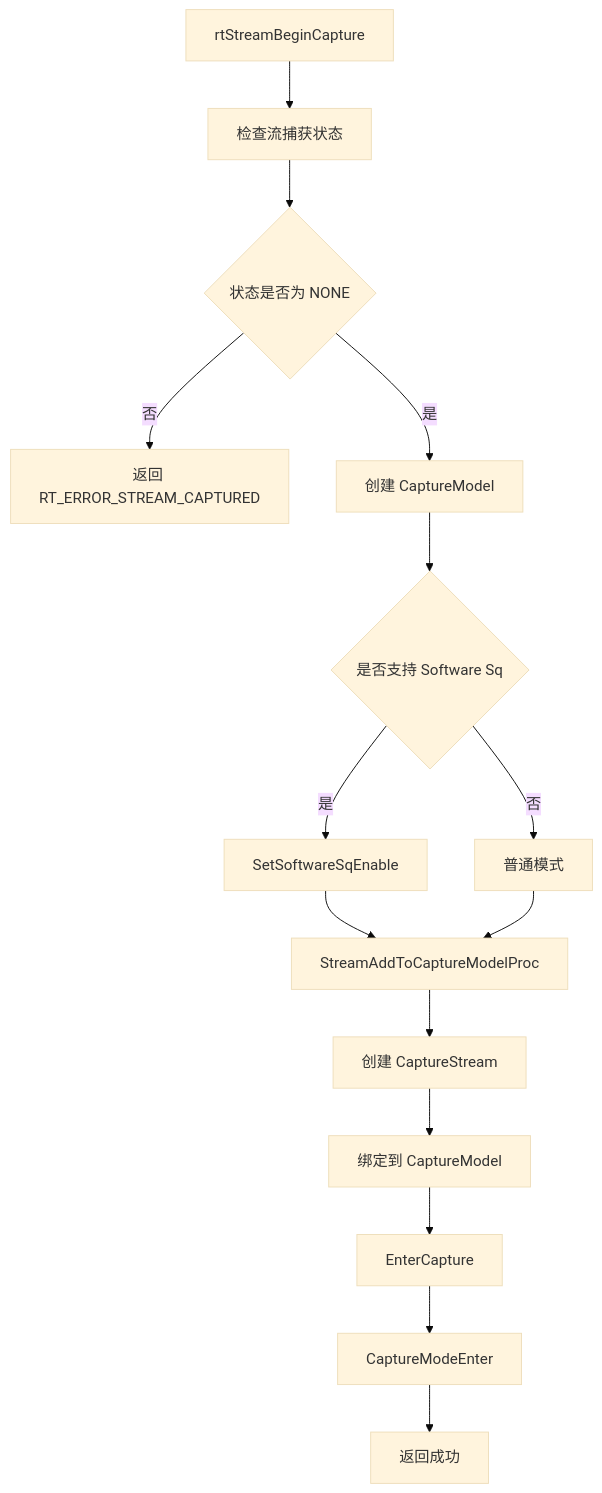
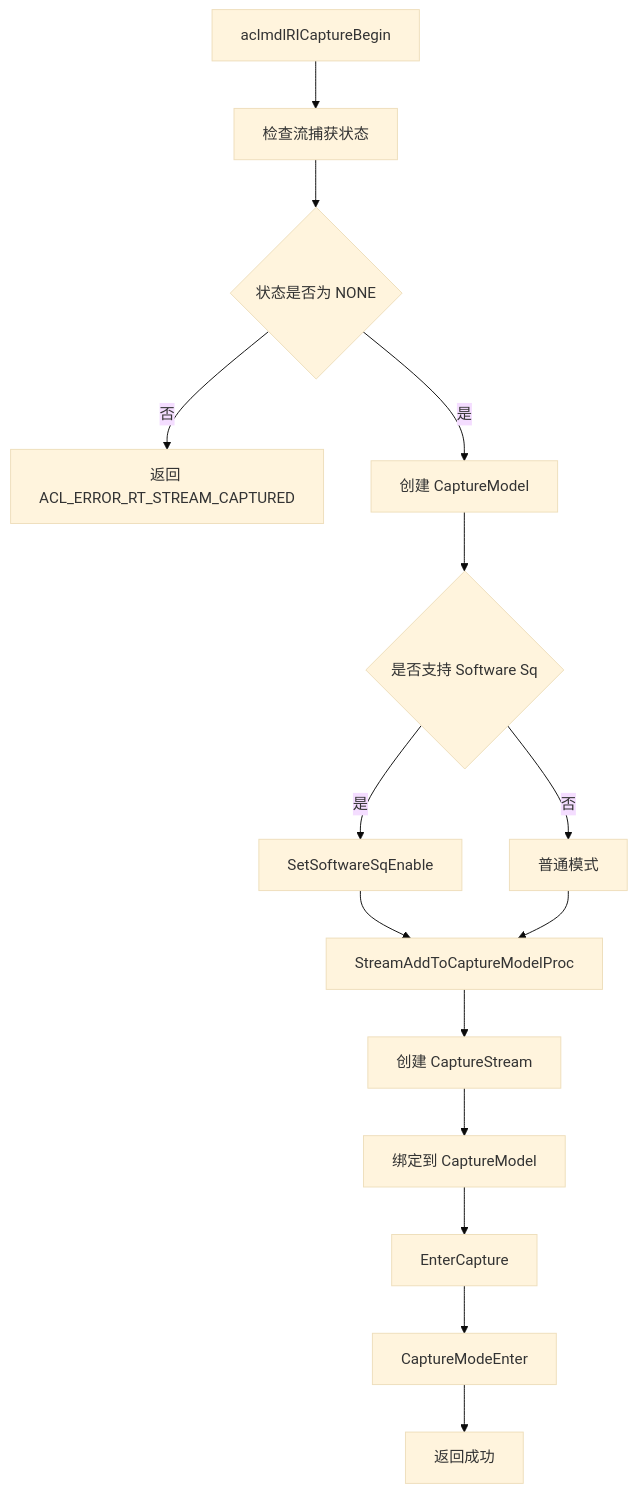
One commit to 18liumin/runtime changed the fourth of 15 diagrams in docs/design/features/aclgraph.md. Above: the diagram before and after it, drawn with Mermaid (base theme). The commit also changed other lines of this file, not shown here.

````diff
--- a/docs/design/features/aclgraph.md
+++ b/docs/design/features/aclgraph.md
@@ -243,17 +380,17 @@
 ```mermaid
 flowchart TD
-    A[rtStreamBeginCapture] --> B[检查流捕获状态]
+    A[aclmdlRICaptureBegin] --> B[检查流捕获状态]
     B --> C{状态是否为 NONE}
-    C -->|否| D[返回 RT_ERROR_STREAM_CAPTURED]
+    C -->|否| D[返回 ACL_ERROR_RT_STREAM_CAPTURED]
     C -->|是| E[创建 CaptureModel]
     E --> F{是否支持 Software Sq}
     F -->|是| G[SetSoftwareSqEnable]
     F -->|否| H[普通模式]
     G --> I[StreamAddToCaptureModelProc]
     H --> I
     I --> J[创建 CaptureStream]
     J --> K[绑定到 CaptureModel]
     K --> L[EnterCapture]
     L --> M[CaptureModeEnter]
     M --> N[返回成功]
 ```
````
